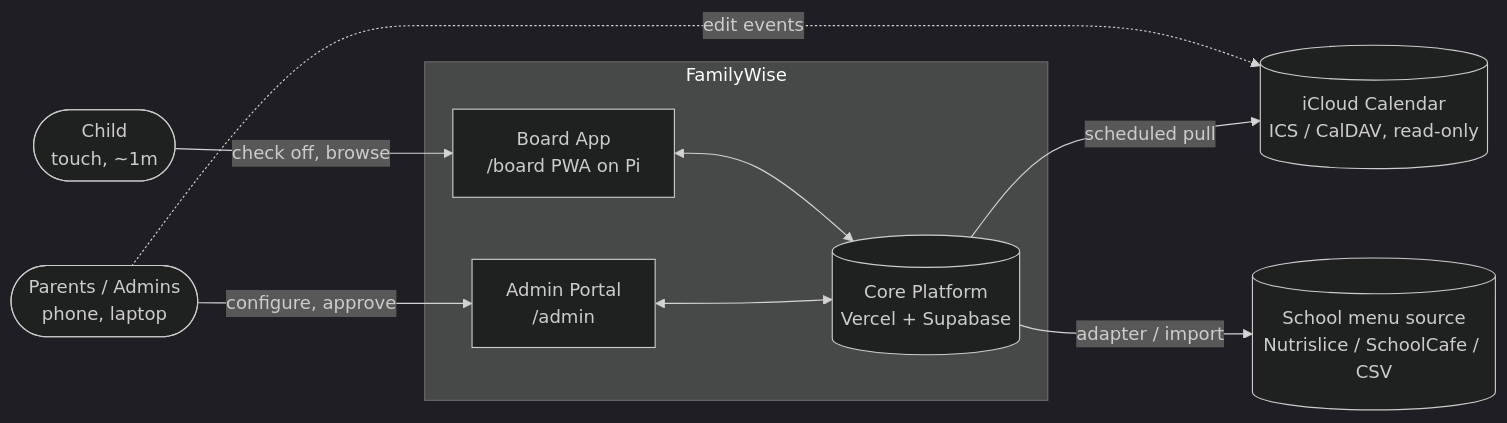
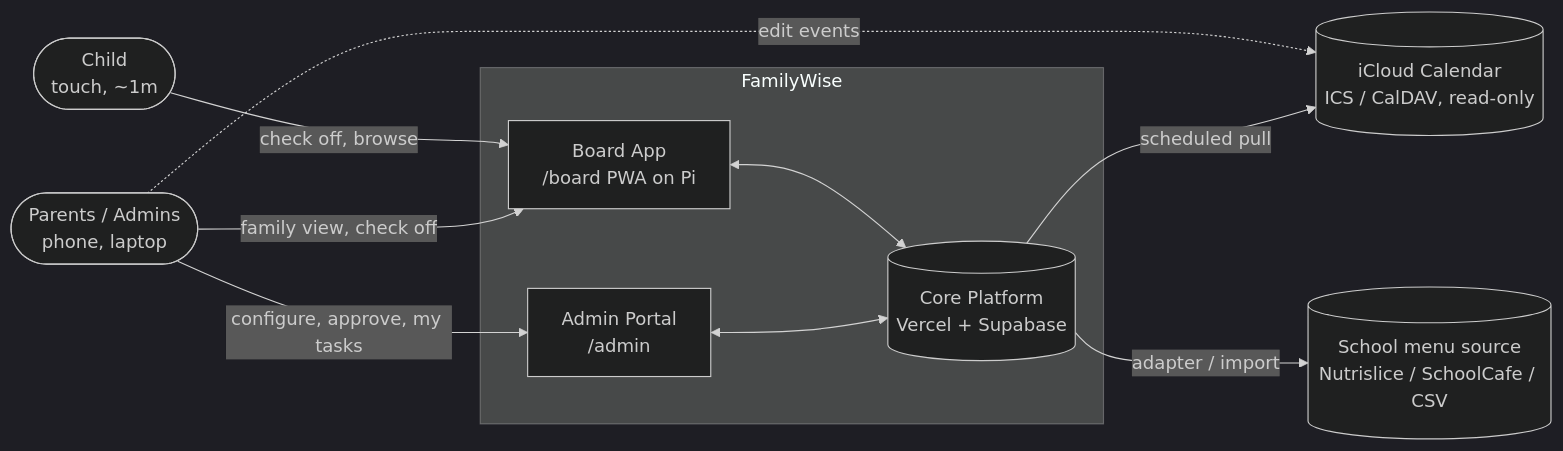
The first of 10 diagrams in docs/01-technical-architecture.md (mronan83/Family-Hub), drawn with Mermaid (dark theme) before and after one commit. The commit also changed other lines of this file and 8 other files, not shown here.

First line of the commit message:
[CHR-09][CHR-10][CHR-11][CHR-12][CHR-13][CHR-14][BRD-07][PTS-07] One family list for chores and tasks

````diff
--- a/docs/01-technical-architecture.md
+++ b/docs/01-technical-architecture.md
@@ -27,22 +28,23 @@
 ```mermaid
 flowchart LR
   kid(["Child<br/>touch, ~1m"])
   parents(["Parents / Admins<br/>phone, laptop"])
 
   subgraph HB["FamilyWise"]
     board["Board App<br/>/board PWA on Pi"]
     admin["Admin Portal<br/>/admin"]
     core[("Core Platform<br/>Vercel + Supabase")]
     board <--> core
     admin <--> core
   end
 
   apple[("iCloud Calendar<br/>ICS / CalDAV, read-only")]
   menu[("School menu source<br/>Nutrislice / SchoolCafe / CSV")]
 
   kid -->|"check off, browse"| board
-  parents -->|"configure, approve"| admin
+  parents -->|"configure, approve, my tasks"| admin
+  parents -->|"family view, check off"| board
   parents -.->|"edit events"| apple
   core -->|"scheduled pull"| apple
   core -->|"adapter / import"| menu
 ```
````
